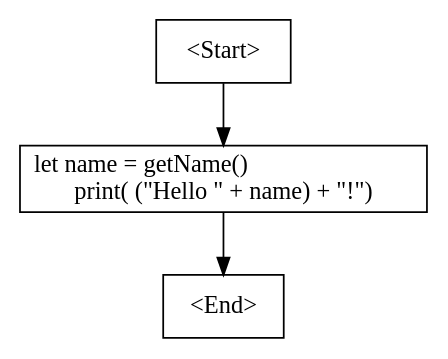
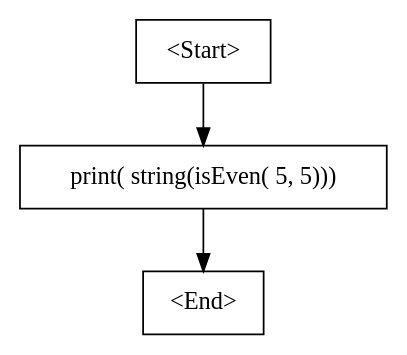
The diagram in CompilerCSharp/bin/Debug/net8.0/cfg.dot (Aylin-ai/CompilerCSharp), drawn with Graphviz before and after one commit. The commit also changed 39 other files, not shown here.

```diff
--- a/CompilerCSharp/bin/Debug/net8.0/cfg.dot
+++ b/CompilerCSharp/bin/Debug/net8.0/cfg.dot
@@ -1,7 +1,7 @@
 digraph G {
     N0 [label = "<Start>", shape = box]
-    N1 [label = "let name = getName()\lprint( (\"Hello \" + name) + \"!\")", shape = box]
+    N1 [label = "print( string(isEven( 5, 5)))", shape = box]
     N2 [label = "<End>", shape = box]
     N0 -> N1 [label = ""]
     N1 -> N2 [label = ""]
 }
```
